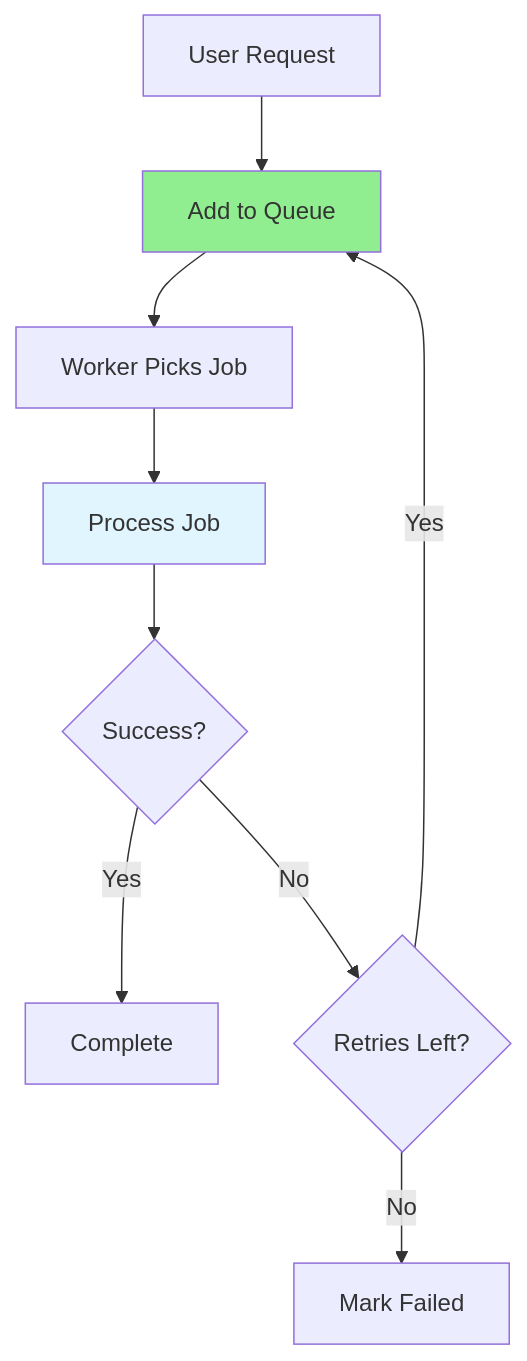
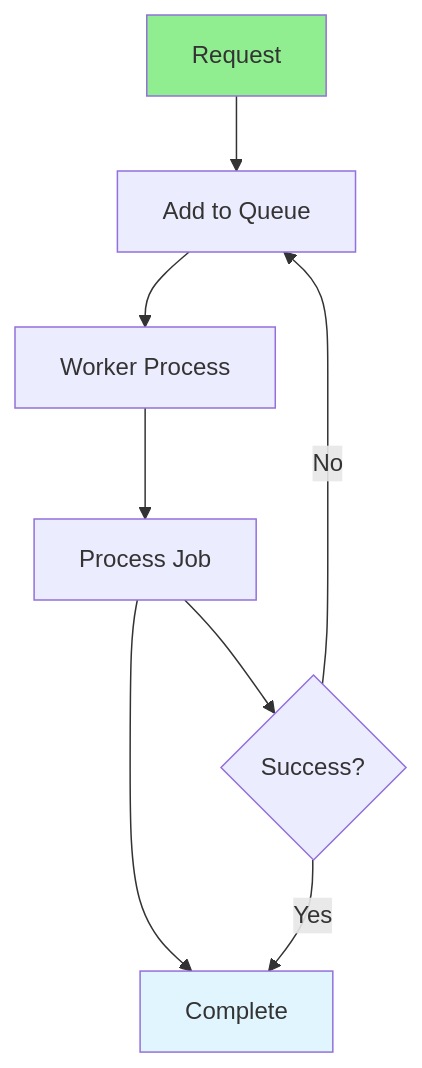
One commit to iouthnamain/tech-note changed the diagram in Full-Stack-Guides/Group-09-Complex-Functions/09.06_Background_Jobs.md. Above: the diagram before and after it, drawn with Mermaid. The commit also changed other lines of this file and 480 other files, not shown here.

````diff
--- a/Full-Stack-Guides/Group-09-Complex-Functions/09.06_Background_Jobs.md
+++ b/Full-Stack-Guides/Group-09-Complex-Functions/09.06_Background_Jobs.md
@@ -22,14 +22,13 @@
 ```mermaid
 flowchart TD
-    Request[User Request] --> Queue[Add to Queue]
-    Queue --> Worker[Worker Picks Job]
+    Request[Request] --> Queue[Add to Queue]
+    Queue --> Worker[Worker Process]
     Worker --> Process[Process Job]
-    Process --> Success{Success?}
-    Success -->|Yes| Complete[Complete]
-    Success -->|No| Retry{Retries Left?}
-    Retry -->|Yes| Queue
-    Retry -->|No| Failed[Mark Failed]
+    Process --> Complete[Complete]
+    Process --> Retry{Success?}
+    Retry -->|No| Queue
+    Retry -->|Yes| Complete
     
-    style Queue fill:#90EE90
-    style Process fill:#e1f5ff
+    style Request fill:#90EE90
+    style Complete fill:#e1f5ff
 ```
````
